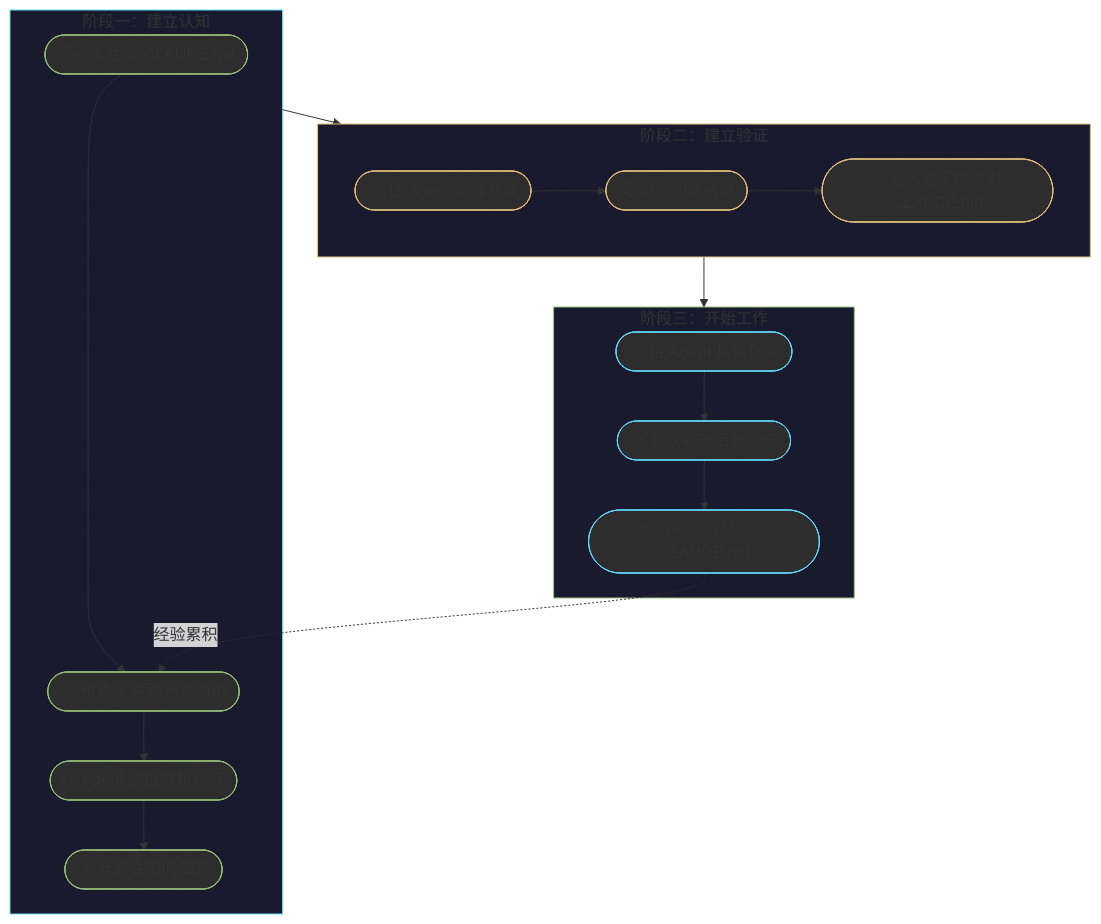
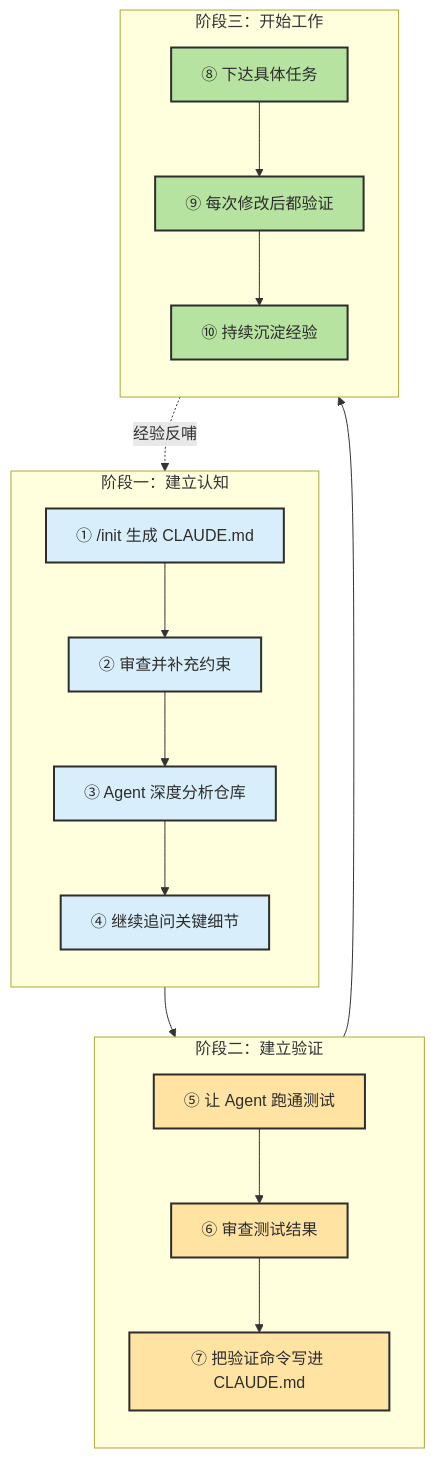
The fourth of 4 diagrams in docs/chapters/ch06-explore-verify.md (zht043/AgenticCodingTutorial), drawn with Mermaid before and after one commit. The commit also changed other lines of this file and 69 other files, not shown here.

Commit message:
optimize docs and add mermaid validation

````diff
--- a/docs/chapters/ch06-explore-verify.md
+++ b/docs/chapters/ch06-explore-verify.md
@@ -418,35 +416,34 @@
 ```mermaid
 flowchart TB
-    classDef phase fill:#2d2d2d,stroke:#61dafb
-    classDef action fill:#2d2d2d,stroke:#98c379
-    classDef verify fill:#2d2d2d,stroke:#e5c07b
+    classDef setup fill:#d8eefb,stroke:#2d2d2d,stroke-width:2px,color:#2d2d2d
+    classDef verify fill:#ffe3a3,stroke:#2d2d2d,stroke-width:2px,color:#2d2d2d
+    classDef work fill:#b7e3a1,stroke:#2d2d2d,stroke-width:2px,color:#2d2d2d
 
     subgraph PHASE1["阶段一：建立认知"]
-        I(["① /init 生成 CLAUDE.md"]):::action
-        E(["② 审查 + 手动补充约束"]):::action
-        D(["③ Agent 深度分析仓库"]):::action
-        Q(["④ 针对性追问细节"]):::action
+        direction TB
+        I["① /init 生成 CLAUDE.md"]:::setup
+        E["② 审查并补充约束"]:::setup
+        D["③ Agent 深度分析仓库"]:::setup
+        Q["④ 继续追问关键细节"]:::setup
         I --> E --> D --> Q
     end
 
     subgraph PHASE2["阶段二：建立验证"]
-        T(["⑤ 让 Agent 跑通测试"]):::verify
-        R(["⑥ 审查测试结果"]):::verify
-        W(["⑦ 写入验证命令到 CLAUDE.md"]):::verify
+        direction TB
+        T["⑤ 让 Agent 跑通测试"]:::verify
+        R["⑥ 审查测试结果"]:::verify
+        W["⑦ 把验证命令写进 CLAUDE.md"]:::verify
         T --> R --> W
     end
 
     subgraph PHASE3["阶段三：开始工作"]
-        F(["⑧ 给 Agent 具体任务"]):::phase
-        V(["⑨ 每次修改后跑验证"]):::phase
-        L(["⑩ 持续沉淀经验到 CLAUDE.md"]):::phase
+        direction TB
+        F["⑧ 下达具体任务"]:::work
+        V["⑨ 每次修改后都验证"]:::work
+        L["⑩ 持续沉淀经验"]:::work
         F --> V --> L
     end
 
     PHASE1 --> PHASE2 --> PHASE3
-    L -.->|"经验累积"| E
-
-    style PHASE1 fill:#1a1a2e,stroke:#61dafb
-    style PHASE2 fill:#1a1a2e,stroke:#e5c07b
-    style PHASE3 fill:#1a1a2e,stroke:#98c379
+    L -.->|"经验反哺"| E
 ```
````
